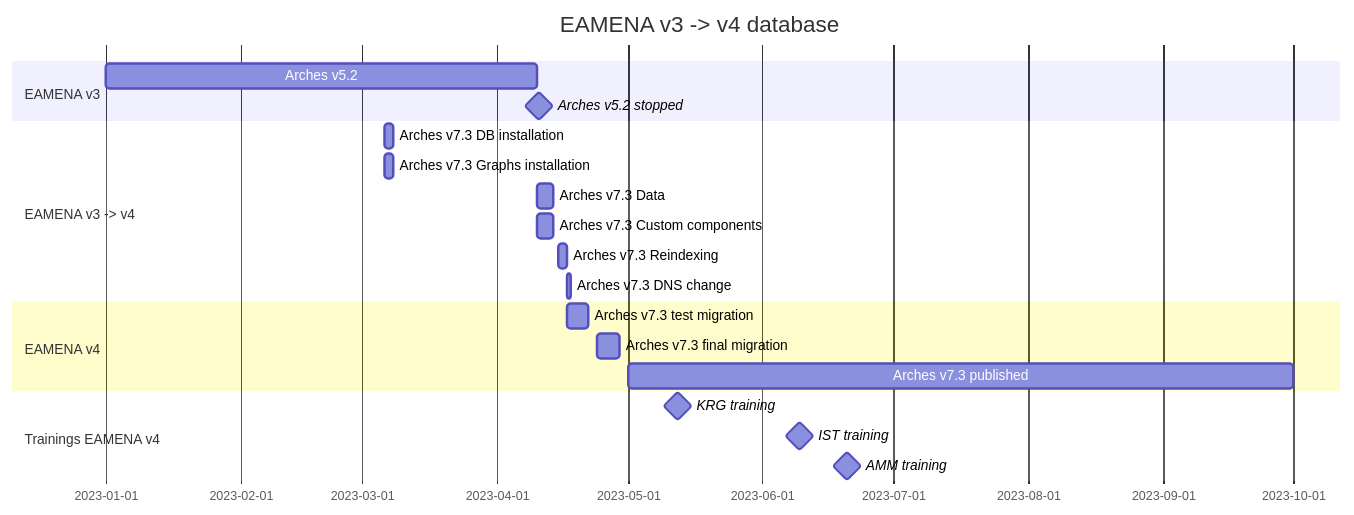
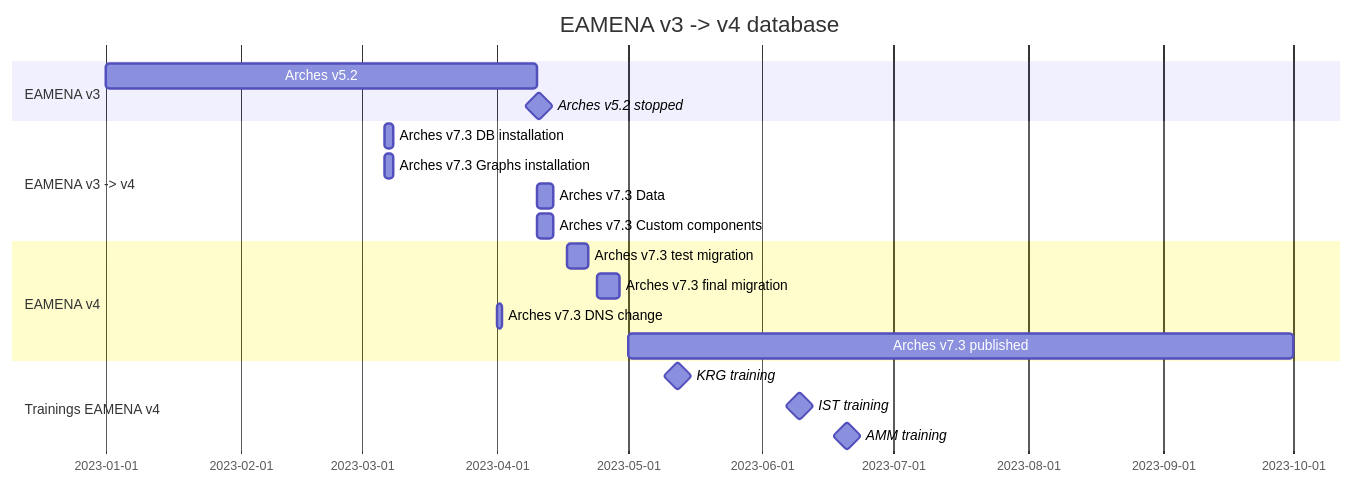
Before and after one commit to eamena-project/eamena-arches-dev: the diagram in dbs/database.eamena/README.md, drawn with Mermaid.

Commit message:
Moved DNS change to after migration

````diff
--- a/dbs/database.eamena/README.md
+++ b/dbs/database.eamena/README.md
@@ -5,23 +5,22 @@
 ```mermaid
 gantt
     title EAMENA v3 -> v4 database
     dateFormat  YYYY-MM-DD
     section EAMENA v3
     Arches v5.2              : a0, 2023-01-01, 2023-04-10
     Arches v5.2 stopped      : milestone, m3, 2023-04-10, 1d
     section EAMENA v3 -> v4
     Arches v7.3 DB installation        : a1, 2023-03-06, 2d
     Arches v7.3 Graphs installation    : a1, 2023-03-06, 2d
     Arches v7.3 Data                   : a1, 2023-04-10, 4d
     Arches v7.3 Custom components      : a1, 2023-04-10, 4d
-    Arches v7.3 Reindexing             : a1, 2023-04-15, 2d
-    Arches v7.3 DNS change             : a1, 2023-04-17, 1d
     section EAMENA v4
     Arches v7.3 test migration         : a1, 2023-04-17, 5d
     Arches v7.3 final migration        : a1, 2023-04-24, 5d
+    Arches v7.3 DNS change             : a1, 2023-04-01, 1d
     Arches v7.3 published              : a1, 2023-05-01, 2023-10-01
     section Trainings EAMENA v4
     KRG training             : milestone, m3, 2023-05-09, 7d
     IST training             : milestone, m3, 2023-06-06, 7d
     AMM training             : milestone, m3, 2023-06-17, 7d
 ```
````
